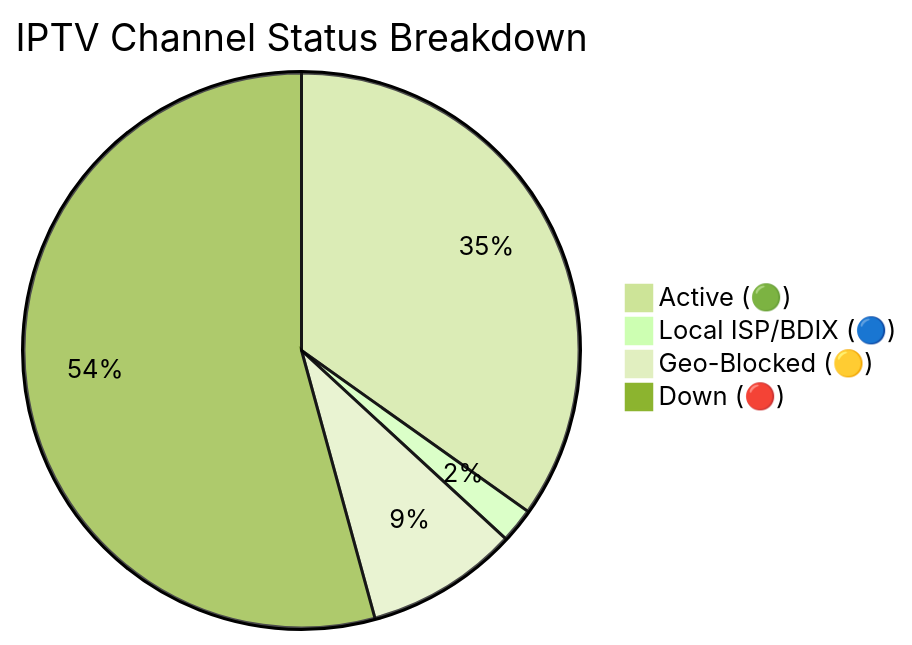
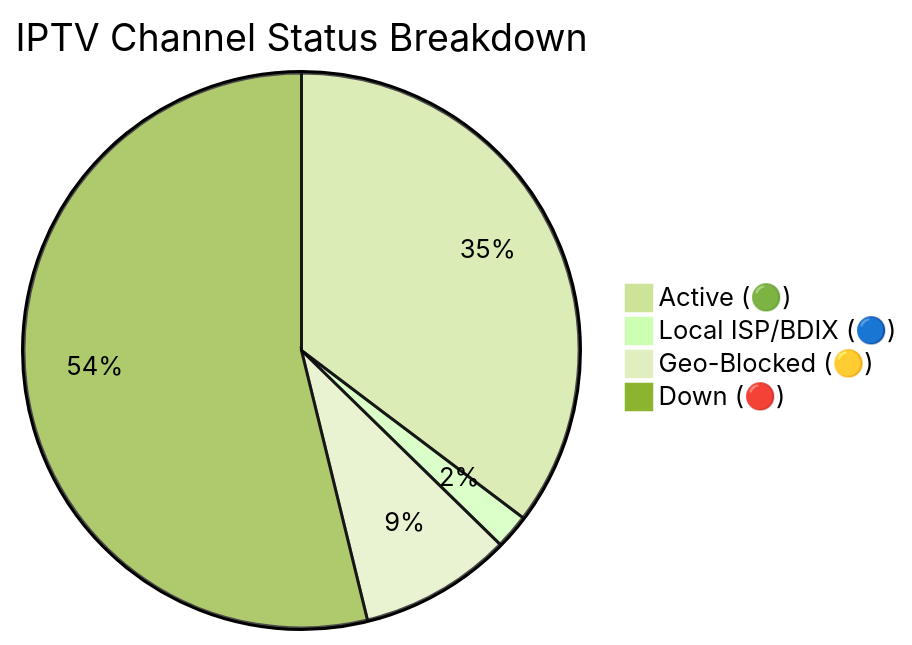
The diagram in README.md (andreataylord/Ip-tv-Collection), drawn with Mermaid (forest theme) before and after one commit. The commit also changed other lines of this file and 1 other file, not shown here.

Commit message:
docs(readme): auto-update daily channel status chart

````diff
--- a/README.md
+++ b/README.md
@@ -59,7 +59,7 @@
 ```mermaid
 pie title IPTV Channel Status Breakdown
-    "Active (🟢)" : 2211
+    "Active (🟢)" : 2240
     "Local ISP/BDIX (🔵)" : 128
-    "Geo-Blocked (🟡)" : 564
-    "Down (🔴)" : 3444
+    "Geo-Blocked (🟡)" : 563
+    "Down (🔴)" : 3416
 ```
````
